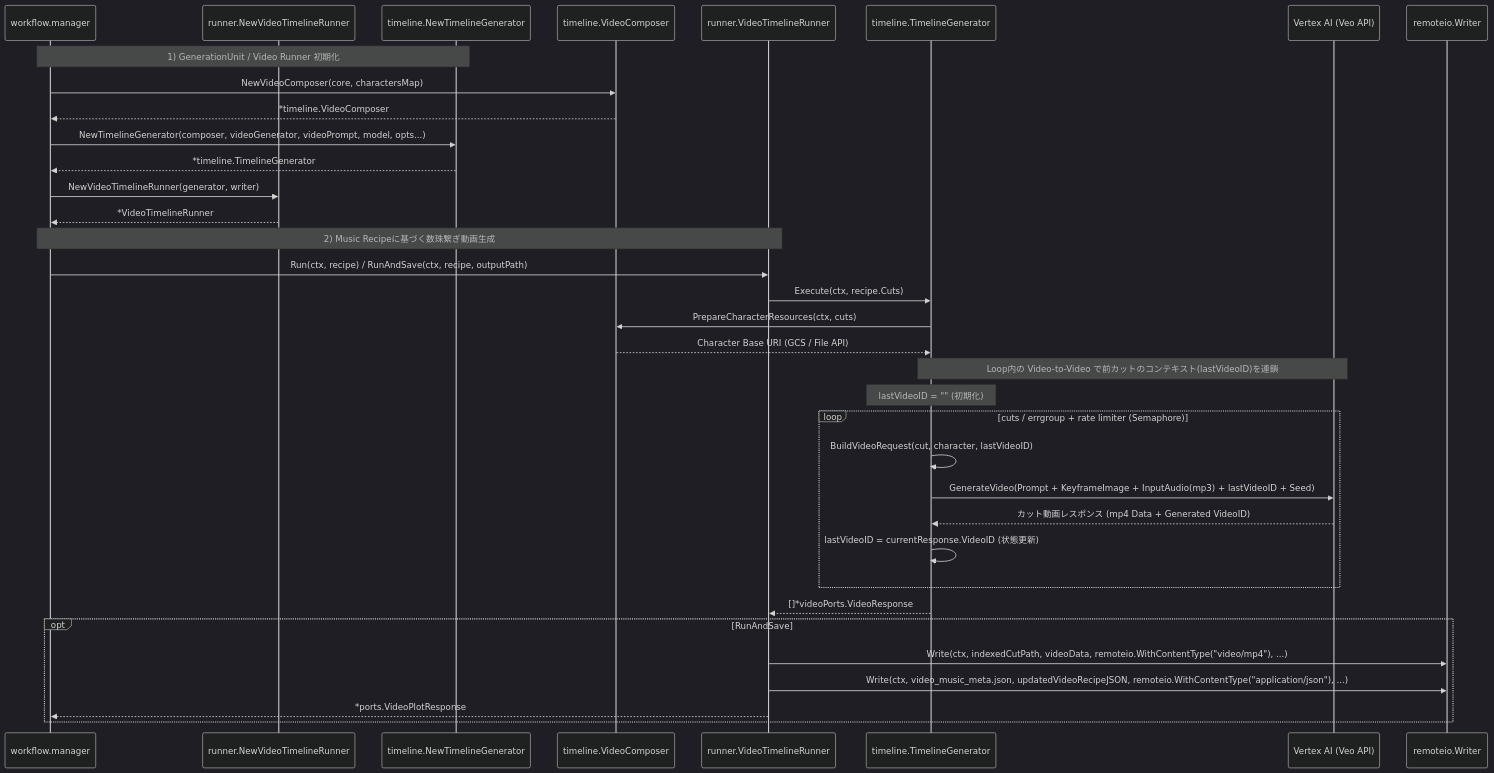
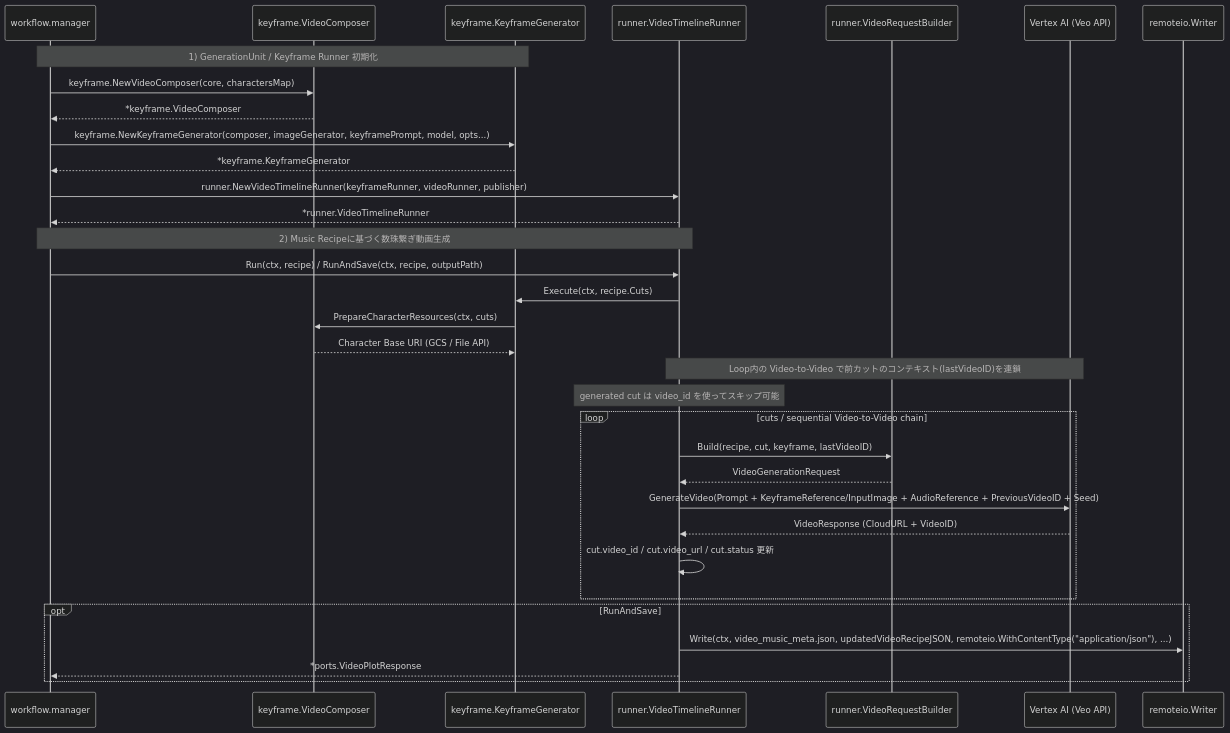
The diagram in README.md (shouni/go-veo-orchestrator), drawn with Mermaid (dark theme) before and after one commit. The commit also changed other lines of this file and 26 other files, not shown here.

````diff
--- a/README.md
+++ b/README.md
@@ -133,44 +141,41 @@
 ```mermaid
 sequenceDiagram
   participant WF as workflow.manager
-  participant VFactory as runner.NewVideoTimelineRunner
-  participant LTime as timeline.NewTimelineGenerator
-  participant Composer as timeline.VideoComposer
-  participant VideoRunner as runner.VideoTimelineRunner
-  participant CutGen as timeline.TimelineGenerator
+  participant Composer as keyframe.VideoComposer
+  participant KeyframeGen as keyframe.KeyframeGenerator
+  participant Timeline as runner.VideoTimelineRunner
+  participant Builder as runner.VideoRequestBuilder
   participant VeoAPI as Vertex AI (Veo API)
   participant Writer as remoteio.Writer
 
-  Note over WF,LTime: 1) GenerationUnit / Video Runner 初期化
-  WF->>Composer: NewVideoComposer(core, charactersMap)
-  Composer-->>WF: *timeline.VideoComposer
-  WF->>LTime: NewTimelineGenerator(composer, videoGenerator, videoPrompt, model, opts...)
-  LTime-->>WF: *timeline.TimelineGenerator
-  WF->>VFactory: NewVideoTimelineRunner(generator, writer)
-  VFactory-->>WF: *VideoTimelineRunner
+  Note over WF,KeyframeGen: 1) GenerationUnit / Keyframe Runner 初期化
+  WF->>Composer: keyframe.NewVideoComposer(core, charactersMap)
+  Composer-->>WF: *keyframe.VideoComposer
+  WF->>KeyframeGen: keyframe.NewKeyframeGenerator(composer, imageGenerator, keyframePrompt, model, opts...)
+  KeyframeGen-->>WF: *keyframe.KeyframeGenerator
+  WF->>Timeline: runner.NewVideoTimelineRunner(keyframeRunner, videoRunner, publisher)
+  Timeline-->>WF: *runner.VideoTimelineRunner
 
-  Note over WF,VideoRunner: 2) Music Recipeに基づく数珠繋ぎ動画生成
-  WF->>VideoRunner: Run(ctx, recipe) / RunAndSave(ctx, recipe, outputPath)
-  VideoRunner->>CutGen: Execute(ctx, recipe.Cuts)
-  CutGen->>Composer: PrepareCharacterResources(ctx, cuts)
-  Composer-->>CutGen: Character Base URI (GCS / File API)
+  Note over WF,Timeline: 2) Music Recipeに基づく数珠繋ぎ動画生成
+  WF->>Timeline: Run(ctx, recipe) / RunAndSave(ctx, recipe, outputPath)
+  Timeline->>KeyframeGen: Execute(ctx, recipe.Cuts)
+  KeyframeGen->>Composer: PrepareCharacterResources(ctx, cuts)
+  Composer-->>KeyframeGen: Character Base URI (GCS / File API)
 
-  Note over CutGen,VeoAPI: Loop内の Video-to-Video で前カットのコンテキスト(lastVideoID)を連鎖
-  Note over CutGen: lastVideoID = "" (初期化)
+  Note over Timeline,VeoAPI: Loop内の Video-to-Video で前カットのコンテキスト(lastVideoID)を連鎖
+  Note over Timeline: generated cut は video_id を使ってスキップ可能
 
-  loop cuts / errgroup + rate limiter (Semaphore)
-    CutGen->>CutGen: BuildVideoRequest(cut, character, lastVideoID)
-    CutGen->>VeoAPI: GenerateVideo(Prompt + KeyframeImage + InputAudio(mp3) + lastVideoID + Seed)
-    VeoAPI-->>CutGen: カット動画レスポンス (mp4 Data + Generated VideoID)
-    CutGen->>CutGen: lastVideoID = currentResponse.VideoID (状態更新)
+  loop cuts / sequential Video-to-Video chain
+    Timeline->>Builder: Build(recipe, cut, keyframe, lastVideoID)
+    Builder-->>Timeline: VideoGenerationRequest
+    Timeline->>VeoAPI: GenerateVideo(Prompt + KeyframeReference/InputImage + AudioReference + PreviousVideoID + Seed)
+    VeoAPI-->>Timeline: VideoResponse (CloudURL + VideoID)
+    Timeline->>Timeline: cut.video_id / cut.video_url / cut.status 更新
   end
 
-  CutGen-->>VideoRunner: []*videoPorts.VideoResponse
-
   opt RunAndSave
-    VideoRunner->>Writer: Write(ctx, indexedCutPath, videoData, remoteio.WithContentType("video/mp4"), ...)
-    VideoRunner->>Writer: Write(ctx, video_music_meta.json, updatedVideoRecipeJSON, remoteio.WithContentType("application/json"), ...)
-    VideoRunner-->>WF: *ports.VideoPlotResponse
+    Timeline->>Writer: Write(ctx, video_music_meta.json, updatedVideoRecipeJSON, remoteio.WithContentType("application/json"), ...)
+    Timeline-->>WF: *ports.VideoPlotResponse
   end
 
 ```
````
